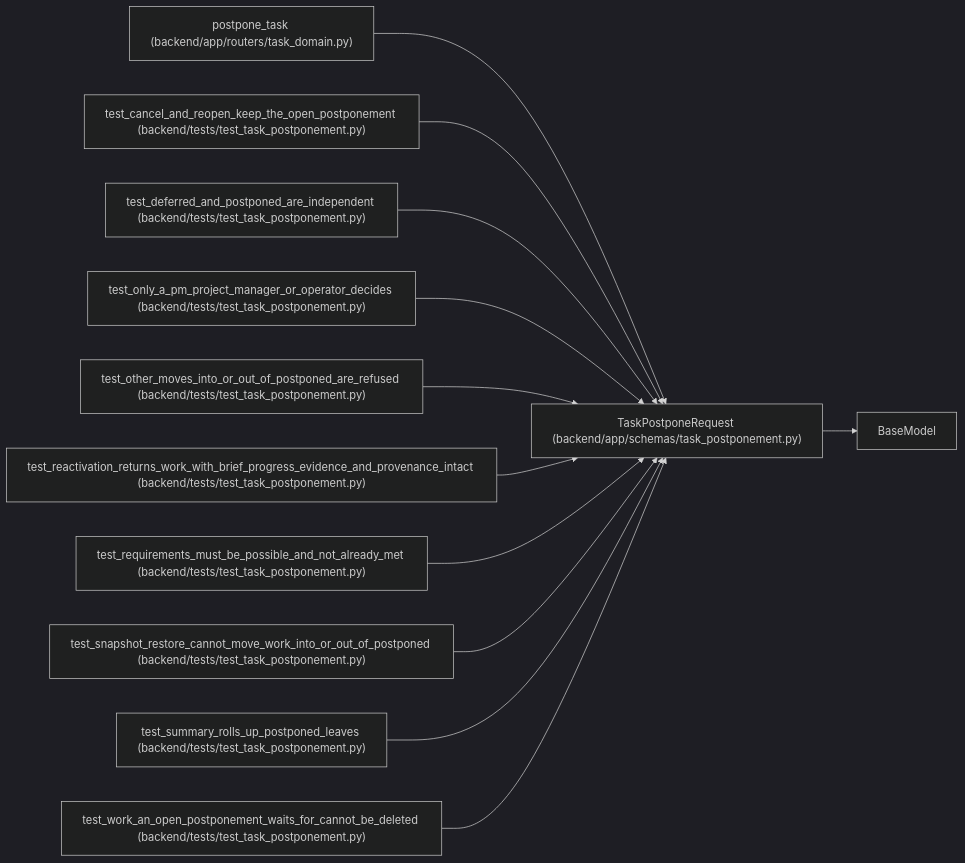
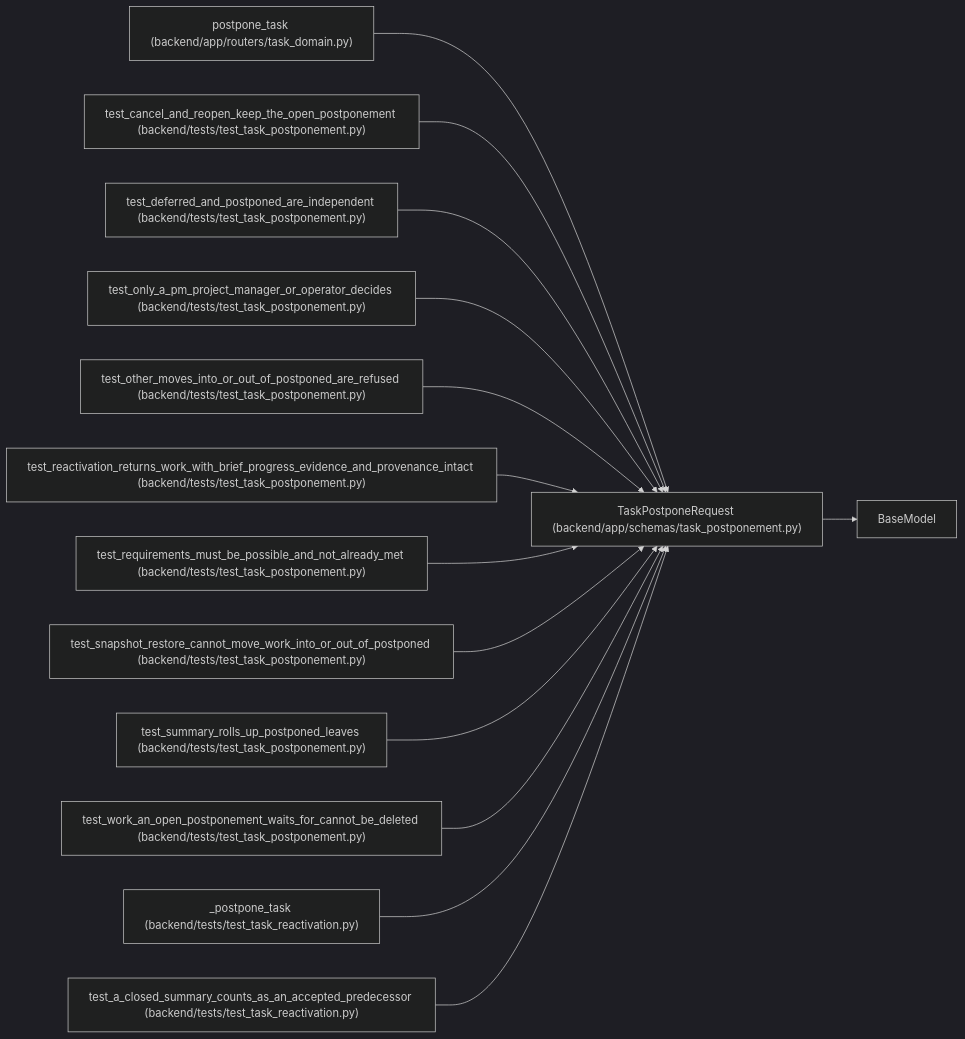
One commit to Denissvgn/WorkChord changed the diagram in docs/llm_wiki/entities/TaskPostponeRequest.md. Above: the diagram before and after it, drawn with Mermaid (dark theme). The commit also changed other lines of this file and 873 other files, not shown here.

Commit message:
Sync the architectural wiki for automatic reactivation of postponed tasks

````diff
--- a/docs/llm_wiki/entities/TaskPostponeRequest.md
+++ b/docs/llm_wiki/entities/TaskPostponeRequest.md
@@ -48,37 +48,43 @@
 ```mermaid
 flowchart LR
     n0["TaskPostponeRequest (backend/app/schemas/task_postponement.py)"]
     n1["BaseModel"]
     n2["postpone_task (backend/app/routers/task_domain.py)"]
     n3["test_cancel_and_reopen_keep_the_open_postponement (backend/tests/test_task_postponement.py)"]
     n4["test_deferred_and_postponed_are_independent (backend/tests/test_task_postponement.py)"]
     n5["test_only_a_pm_project_manager_or_operator_decides (backend/tests/test_task_postponement.py)"]
     n6["test_other_moves_into_or_out_of_postponed_are_refused (backend/tests/test_task_postponement.py)"]
     n7["test_reactivation_returns_work_with_brief_progress_evidence_and_provenance_intact (backend/tests/test_task_postponement.py)"]
     n8["test_requirements_must_be_possible_and_not_already_met (backend/tests/test_task_postponement.py)"]
     n9["test_snapshot_restore_cannot_move_work_into_or_out_of_postponed (backend/tests/test_task_postponement.py)"]
     n10["test_summary_rolls_up_postponed_leaves (backend/tests/test_task_postponement.py)"]
     n11["test_work_an_open_postponement_waits_for_cannot_be_deleted (backend/tests/test_task_postponement.py)"]
+    n12["_postpone_task (backend/tests/test_task_reactivation.py)"]
+    n13["test_a_closed_summary_counts_as_an_accepted_predecessor (backend/tests/test_task_reactivation.py)"]
     n0 --> n1
     n2 --> n0
     n3 --> n0
     n4 --> n0
     n5 --> n0
     n6 --> n0
     n7 --> n0
     n8 --> n0
     n9 --> n0
     n10 --> n0
     n11 --> n0
+    n12 --> n0
+    n13 --> n0
     click n0 "../modules/schemas_task_postponement.md"
     click n2 "../modules/routers_task_domain.md"
     click n3 "../modules/test_task_postponement.md"
     click n4 "../modules/test_task_postponement.md"
     click n5 "../modules/test_task_postponement.md"
     click n6 "../modules/test_task_postponement.md"
     click n7 "../modules/test_task_postponement.md"
     click n8 "../modules/test_task_postponement.md"
     click n9 "../modules/test_task_postponement.md"
     click n10 "../modules/test_task_postponement.md"
     click n11 "../modules/test_task_postponement.md"
+    click n12 "../modules/test_task_reactivation.md"
+    click n13 "../modules/test_task_reactivation.md"
 ```
````
